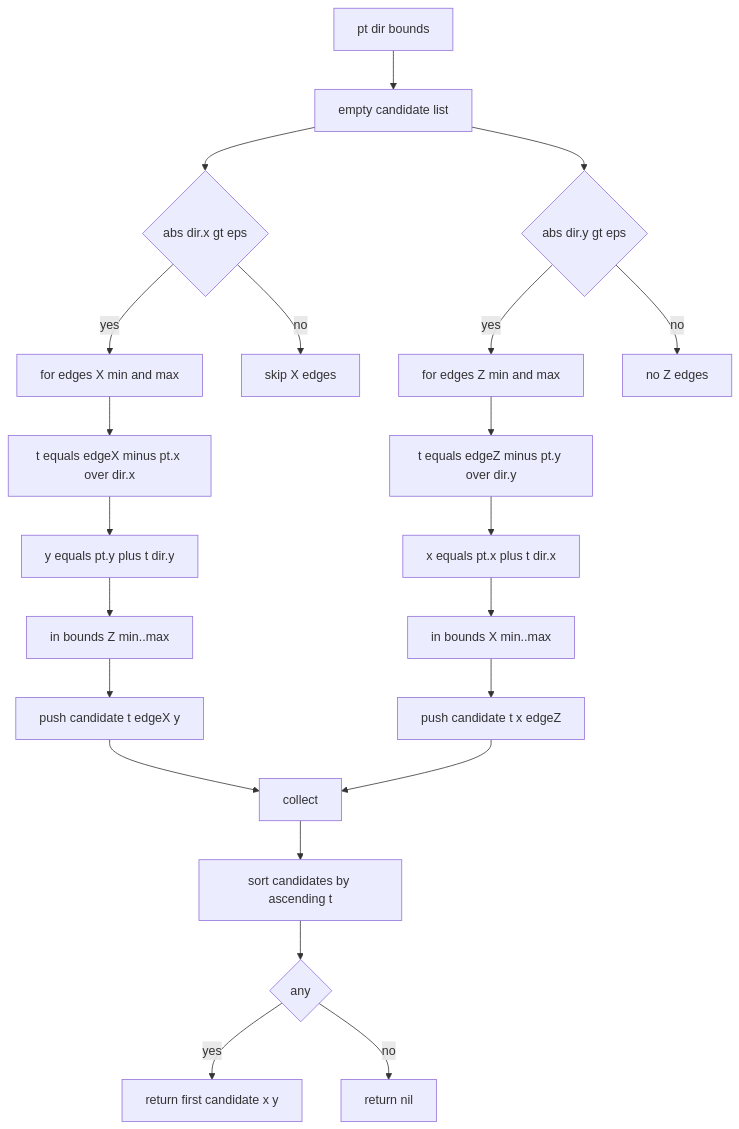
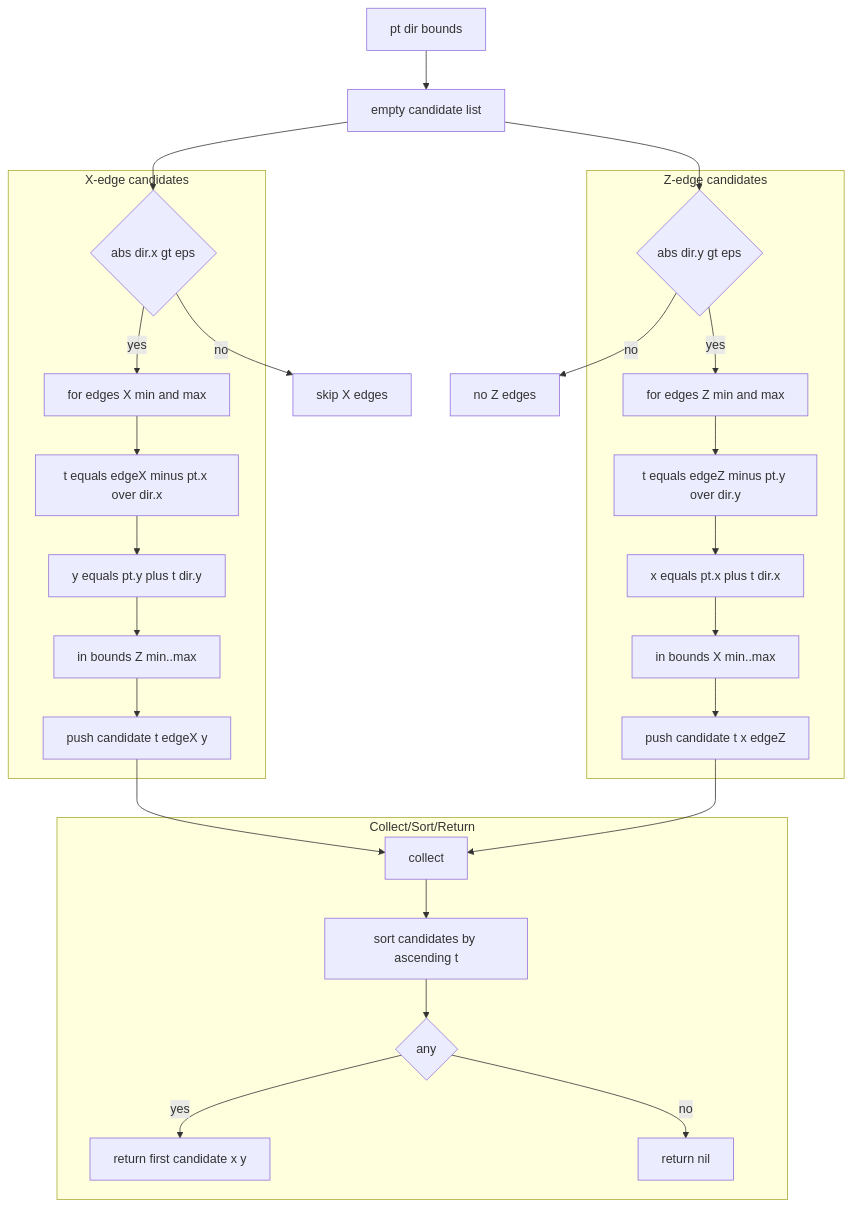
Before and after one commit to Gh0st352/AETHR: the first of 4 diagrams in docs/poly/rays_midpoints_and_slopes.md, drawn with Mermaid. The commit also changed other lines of this file and 9 other files, not shown here.

First line of the commit message:
docs(poly): improve README headings and mermaid diagrams

````diff
--- a/docs/poly/rays_midpoints_and_slopes.md
+++ b/docs/poly/rays_midpoints_and_slopes.md
@@ -17,24 +17,55 @@
 ```mermaid
+%% shared theme: docs/_mermaid/theme.json %%
 flowchart TD
   IN[pt dir bounds] --> CAND[empty candidate list]
   CAND --> XE{abs dir.x gt eps}
   XE -->|yes| XEDGES[for edges X min and max]
   XEDGES --> XT[t equals edgeX minus pt.x over dir.x]
   XT --> XY[y equals pt.y plus t dir.y]
   XY --> XR[in bounds Z min..max]
   XR --> ADDX[push candidate t edgeX y]
   XE -->|no| ZCHECK[skip X edges]
   CAND --> ZE{abs dir.y gt eps}
   ZE -->|yes| ZEDGES[for edges Z min and max]
   ZEDGES --> ZT[t equals edgeZ minus pt.y over dir.y]
   ZT --> ZX[x equals pt.x plus t dir.x]
   ZX --> ZR[in bounds X min..max]
   ZR --> ADDZ[push candidate t x edgeZ]
   ZE -->|no| DONE0[no Z edges]
   ADDX --> DONE1[collect]
   ADDZ --> DONE1
   DONE1 --> SORT[sort candidates by ascending t]
   SORT --> RET{any}
   RET -->|yes| OUT[return first candidate x y]
   RET -->|no| NONE[return nil]
+
+  subgraph "X-edge candidates"
+    XE
+    XEDGES
+    XT
+    XY
+    XR
+    ADDX
+  end
+  subgraph "Z-edge candidates"
+    ZE
+    ZEDGES
+    ZT
+    ZX
+    ZR
+    ADDZ
+  end
+  subgraph "Collect/Sort/Return"
+    DONE1
+    SORT
+    RET
+    OUT
+    NONE
+  end
+
+  class IN class_io;
+  class XE,ZE,RET class_decision;
+  class OUT,NONE class_result;
+  class SORT class_compute;
+  class CAND,XEDGES,XT,XY,XR,ADDX,ZCHECK,ZEDGES,ZT,ZX,ZR,ADDZ,DONE0,DONE1 class_step;
 ```
````
